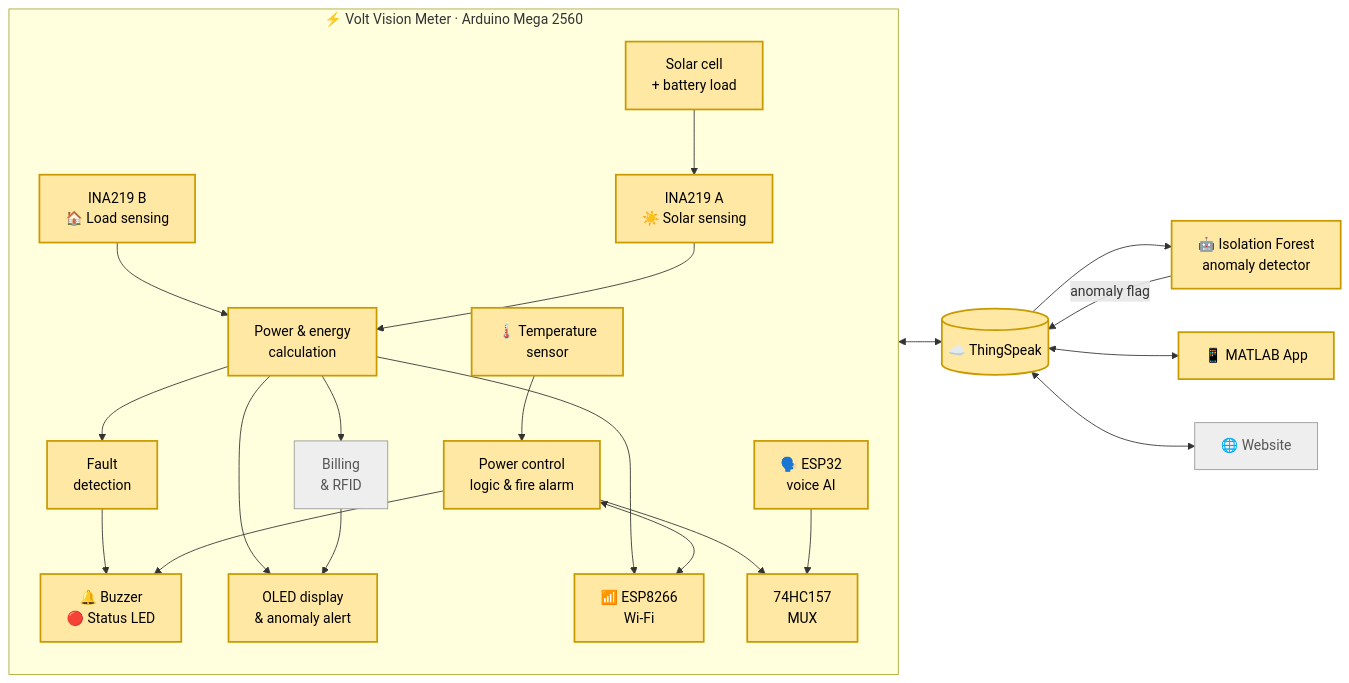
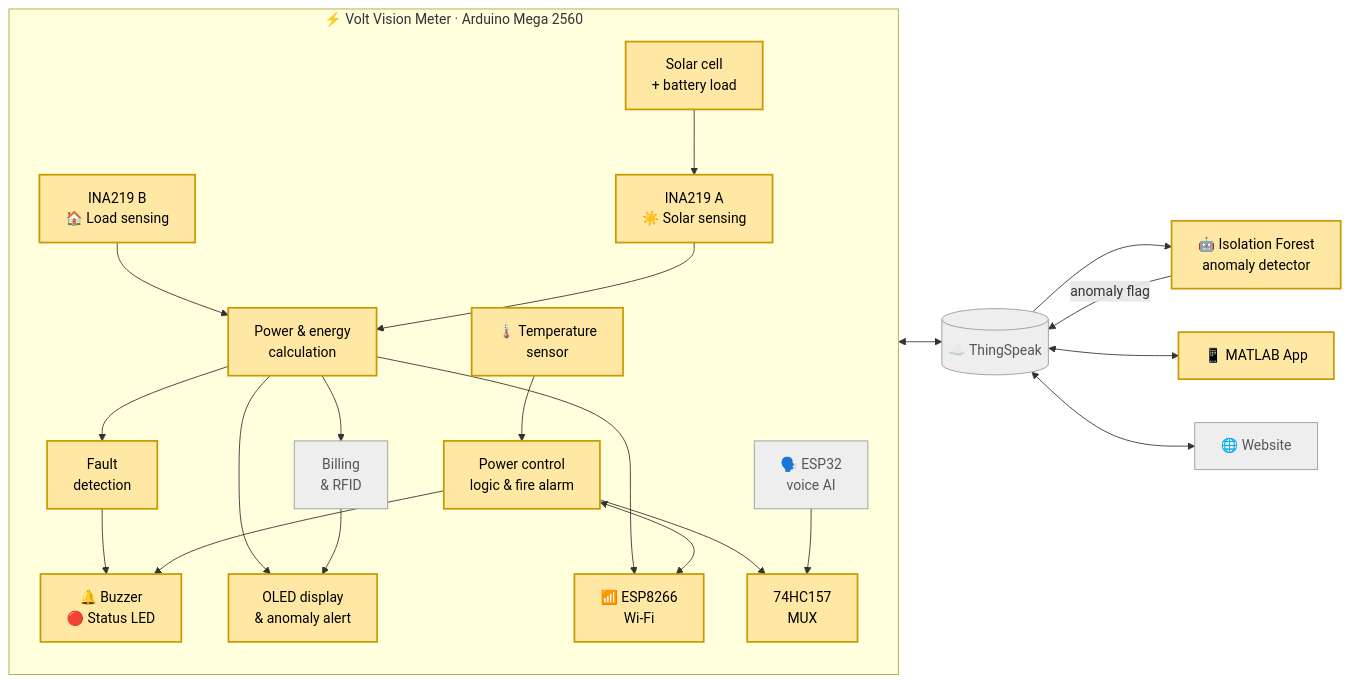
Before and after one commit to sarkeraumio/Smart-Electricity-Meter: the first of 6 diagrams in README.md, drawn with Mermaid.

````diff
--- a/README.md
+++ b/README.md
@@ -76,41 +76,41 @@
 ```mermaid
 flowchart LR
     subgraph METER["⚡ Volt Vision Meter · Arduino Mega 2560"]
         direction TB
         INAB["INA219 B<br/>🏠 Load sensing"]:::aumio
         INAA["INA219 A<br/>☀️ Solar sensing"]:::aumio
         SOLAR["Solar cell<br/>+ battery load"]:::aumio --> INAA
         MON["Power & energy<br/>calculation"]:::aumio
         FAULT["Fault<br/>detection"]:::aumio
         OLED["OLED display<br/>& anomaly alert"]:::aumio
         BILL["Billing<br/>& RFID"]:::team
         TEMP["🌡️ Temperature<br/>sensor"]:::aumio
         CTRL["Power control<br/>logic & fire alarm"]:::aumio
         WIFI["📶 ESP8266<br/>Wi-Fi"]:::aumio
         MUX["74HC157<br/>MUX"]:::aumio
-        VOICE["🗣️ ESP32<br/>voice AI"]:::aumio
+        VOICE["🗣️ ESP32<br/>voice AI"]:::team
         ALERT["🔔 Buzzer<br/>🔴 Status LED"]:::aumio
 
         INAB --> MON
         INAA --> MON
         MON --> FAULT --> ALERT
         MON --> OLED
         MON --> BILL --> OLED
         TEMP --> CTRL --> ALERT
         MON --> WIFI
         CTRL <--> WIFI
         CTRL --> MUX
         VOICE --> MUX
     end
 
-    WIFI <--> TS[("☁️ ThingSpeak")]:::aumio
+    WIFI <--> TS[("☁️ ThingSpeak")]:::team
     TS --> ML["🤖 Isolation Forest<br/>anomaly detector"]:::aumio
     ML -- anomaly flag --> TS
     TS <--> APP["📱 MATLAB App"]:::aumio
     TS <--> WEB["🌐 Website"]:::team
 
     classDef aumio fill:#FFE8A3,stroke:#C99A00,stroke-width:2px,color:#000
     classDef johnny fill:#BFE8CF,stroke:#2E8B57,stroke-width:2px,color:#000
     classDef shared fill:#E3F0C0,stroke:#7A9A2E,stroke-width:2px,color:#000
     classDef team fill:#EEEEEE,stroke:#999,color:#555
 ```
````
